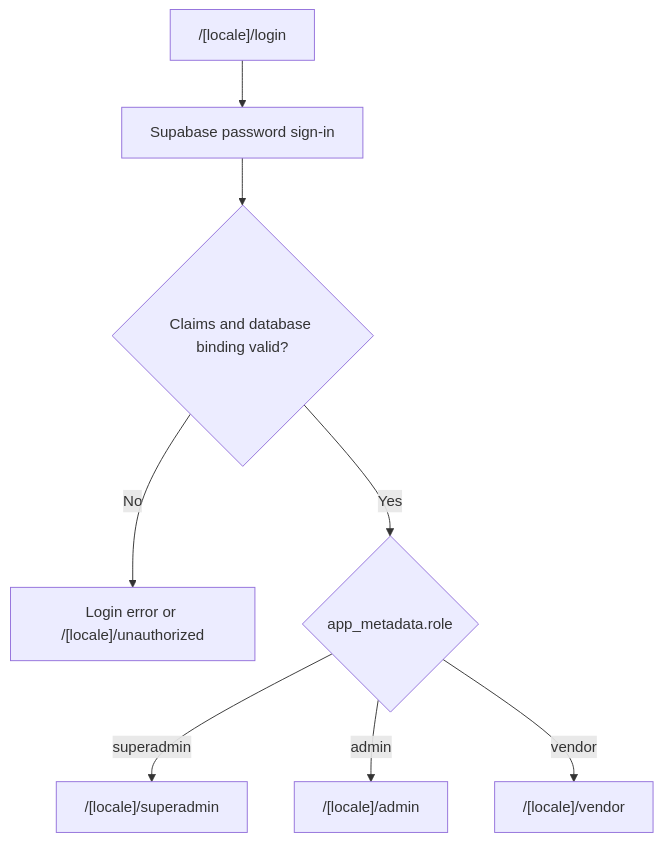
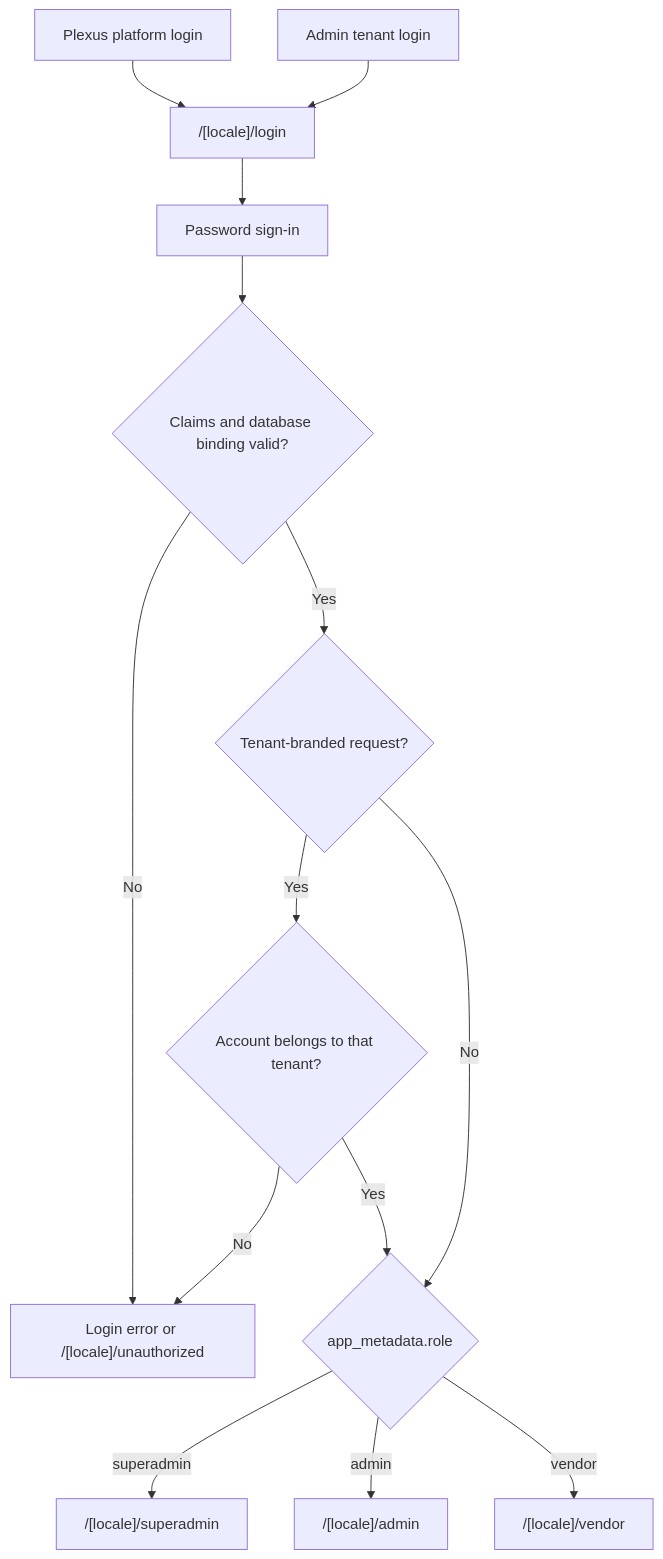
The diagram in docs/architecture/routes-and-access.md (AGA-Ventures/plexus), drawn with Mermaid before and after one commit. The commit also changed other lines of this file and 17 other files, not shown here.

Commit message:
Redesign login with tenant branding

````diff
--- a/docs/architecture/routes-and-access.md
+++ b/docs/architecture/routes-and-access.md
@@ -11,10 +20,16 @@
 ```mermaid
 flowchart TD
-    L["/[locale]/login"] --> A["Supabase password sign-in"]
+    P["Plexus platform login"] --> L["/[locale]/login"]
+    T["Admin tenant login"] --> L
+    L --> A["Password sign-in"]
     A --> V{"Claims and database binding valid?"}
     V -- "No" --> U["Login error or /[locale]/unauthorized"]
-    V -- "Yes" --> R{"app_metadata.role"}
+    V -- "Yes" --> W{"Tenant-branded request?"}
+    W -- "Yes" --> B{"Account belongs to that tenant?"}
+    B -- "No" --> U
+    B -- "Yes" --> R{"app_metadata.role"}
+    W -- "No" --> R
     R -- "superadmin" --> S["/[locale]/superadmin"]
     R -- "admin" --> AD["/[locale]/admin"]
     R -- "vendor" --> VE["/[locale]/vendor"]
 ```
````
